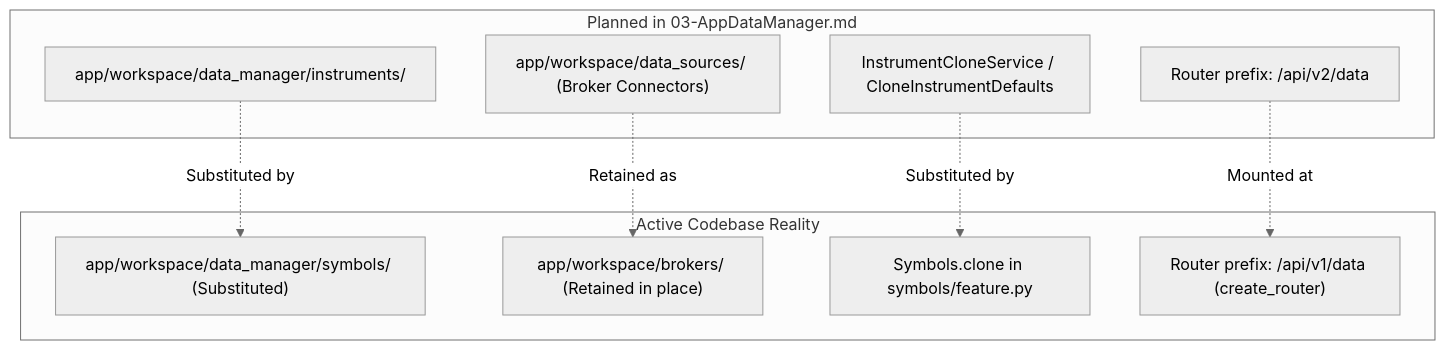
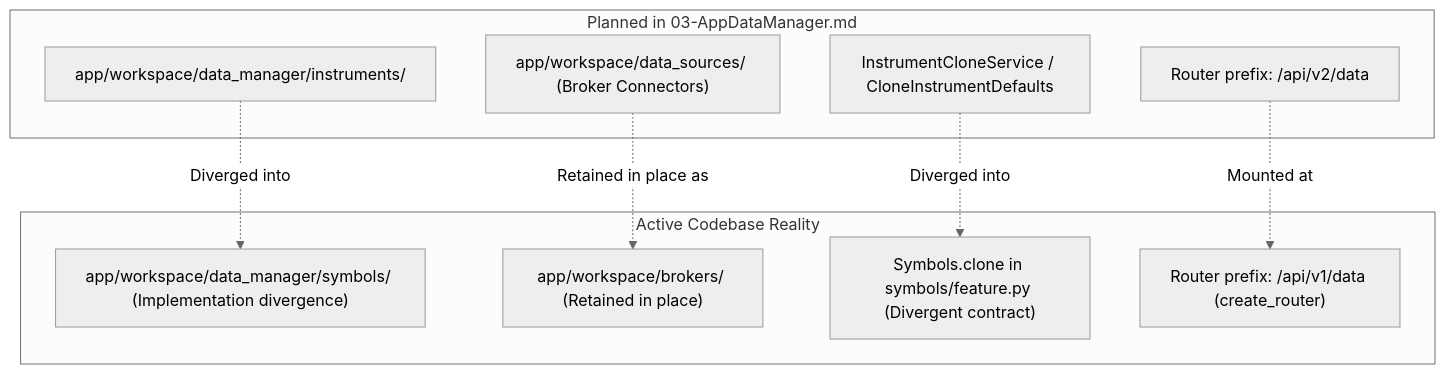
One commit to haruperi/HaruQuantAI changed the diagram in docs/dev/full-reimplementation/research/appdatamanager-completion-audit.md. Above: the diagram before and after it, drawn with Mermaid (neutral theme). The commit also changed other lines of this file and 38 other files, not shown here.

Commit message:
refactor(mt4): purge legacy MT4 support and align broker architecture

````diff
--- a/docs/dev/full-reimplementation/research/appdatamanager-completion-audit.md
+++ b/docs/dev/full-reimplementation/research/appdatamanager-completion-audit.md
@@ -86,19 +91,19 @@
 ```mermaid
 flowchart TD
     subgraph PlannedIn03["Planned in 03-AppDataManager.md"]
         P1["app/workspace/data_manager/instruments/"]
         P2["app/workspace/data_sources/ (Broker Connectors)"]
         P3["InstrumentCloneService / CloneInstrumentDefaults"]
         P4["Router prefix: /api/v2/data"]
     end
     subgraph ActiveReality["Active Codebase Reality"]
-        A1["app/workspace/data_manager/symbols/ (Substituted)"]
+        A1["app/workspace/data_manager/symbols/ (Implementation divergence)"]
         A2["app/workspace/brokers/ (Retained in place)"]
-        A3["Symbols.clone in symbols/feature.py"]
+        A3["Symbols.clone in symbols/feature.py (Divergent contract)"]
         A4["Router prefix: /api/v1/data (create_router)"]
     end
-    P1 -.->|Substituted by| A1
-    P2 -.->|Retained as| A2
-    P3 -.->|Substituted by| A3
+    P1 -.->|Diverged into| A1
+    P2 -.->|Retained in place as| A2
+    P3 -.->|Diverged into| A3
     P4 -.->|Mounted at| A4
 ```
````
